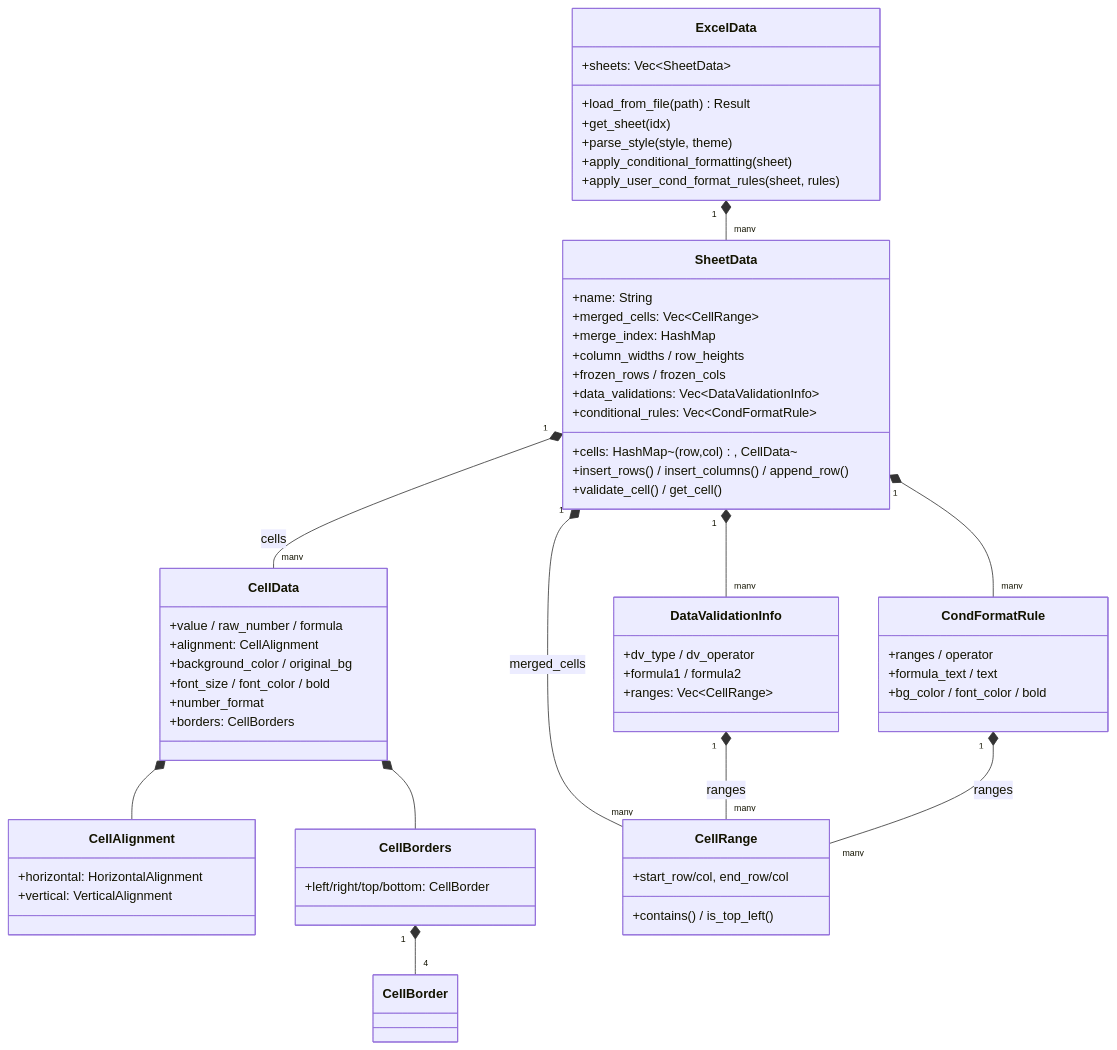
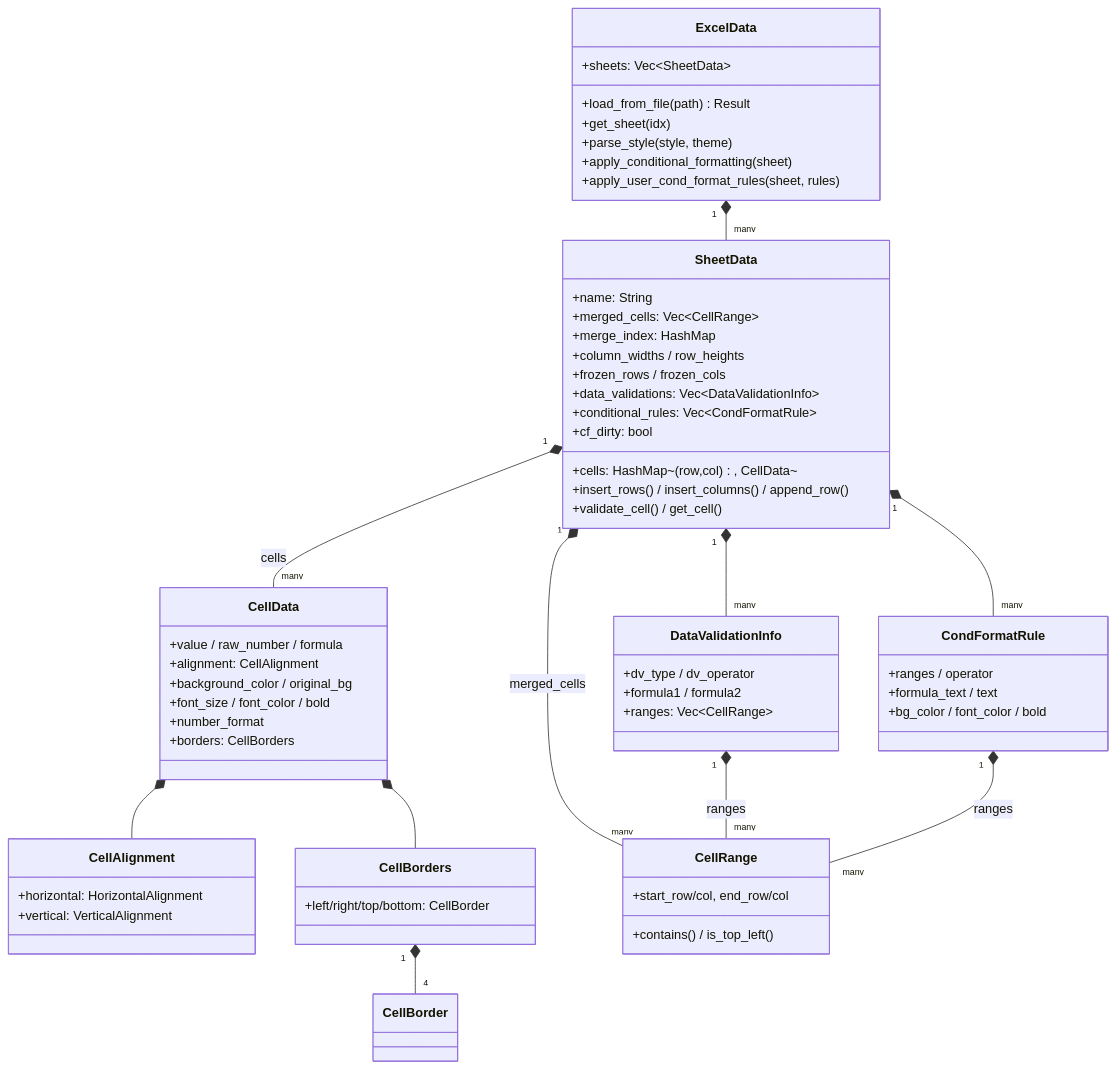
One commit to dunpju/umya-spreadsheet-excel changed the first of 4 diagrams in docs/excel/reader.md. Above: the diagram before and after it, drawn with Mermaid. The commit also changed other lines of this file and 6 other files, not shown here.

````diff
--- a/docs/excel/reader.md
+++ b/docs/excel/reader.md
@@ -106,63 +127,64 @@
 ```mermaid
 classDiagram
     class ExcelData {
         +sheets: Vec~SheetData~
         +load_from_file(path) Result
         +get_sheet(idx)
         +parse_style(style, theme)
         +apply_conditional_formatting(sheet)
         +apply_user_cond_format_rules(sheet, rules)
     }
     class SheetData {
         +name: String
         +cells: HashMap~(row,col), CellData~
         +merged_cells: Vec~CellRange~
         +merge_index: HashMap
         +column_widths / row_heights
         +frozen_rows / frozen_cols
         +data_validations: Vec~DataValidationInfo~
         +conditional_rules: Vec~CondFormatRule~
+        +cf_dirty: bool
         +insert_rows() / insert_columns() / append_row()
         +validate_cell() / get_cell()
     }
     class CellData {
         +value / raw_number / formula
         +alignment: CellAlignment
         +background_color / original_bg
         +font_size / font_color / bold
         +number_format
         +borders: CellBorders
     }
     class CellAlignment {
         +horizontal: HorizontalAlignment
         +vertical: VerticalAlignment
     }
     class CellBorders {
         +left/right/top/bottom: CellBorder
     }
     class CellRange {
         +start_row/col, end_row/col
         +contains() / is_top_left()
     }
     class DataValidationInfo {
         +dv_type / dv_operator
         +formula1 / formula2
         +ranges: Vec~CellRange~
     }
     class CondFormatRule {
         +ranges / operator
         +formula_text / text
         +bg_color / font_color / bold
     }
 
     ExcelData "1" *-- "many" SheetData
     SheetData "1" *-- "many" CellData : cells
     SheetData "1" *-- "many" CellRange : merged_cells
     SheetData "1" *-- "many" DataValidationInfo
     SheetData "1" *-- "many" CondFormatRule
     CellData *-- CellAlignment
     CellData *-- CellBorders
     CellBorders "1" *-- "4" CellBorder
     DataValidationInfo "1" *-- "many" CellRange : ranges
     CondFormatRule "1" *-- "many" CellRange : ranges
 ```
````
